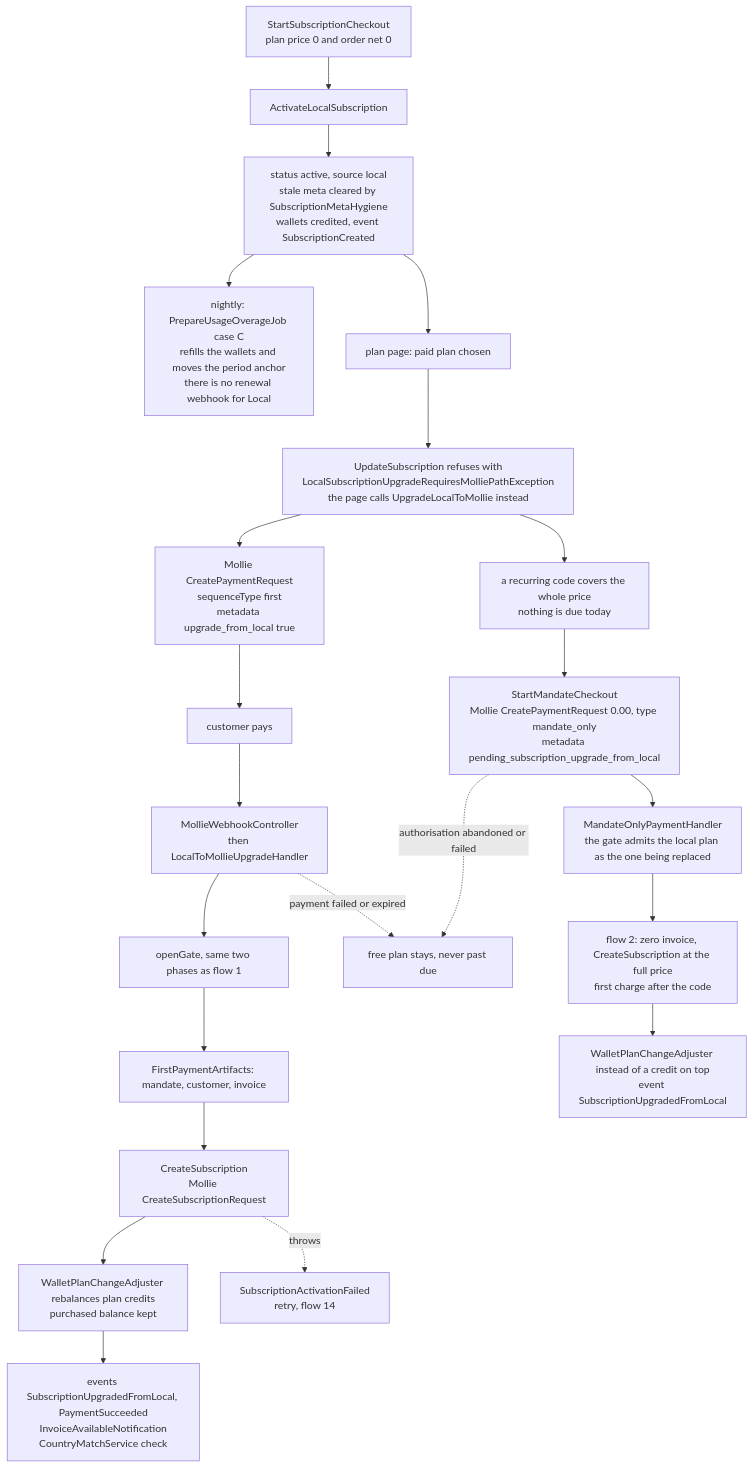
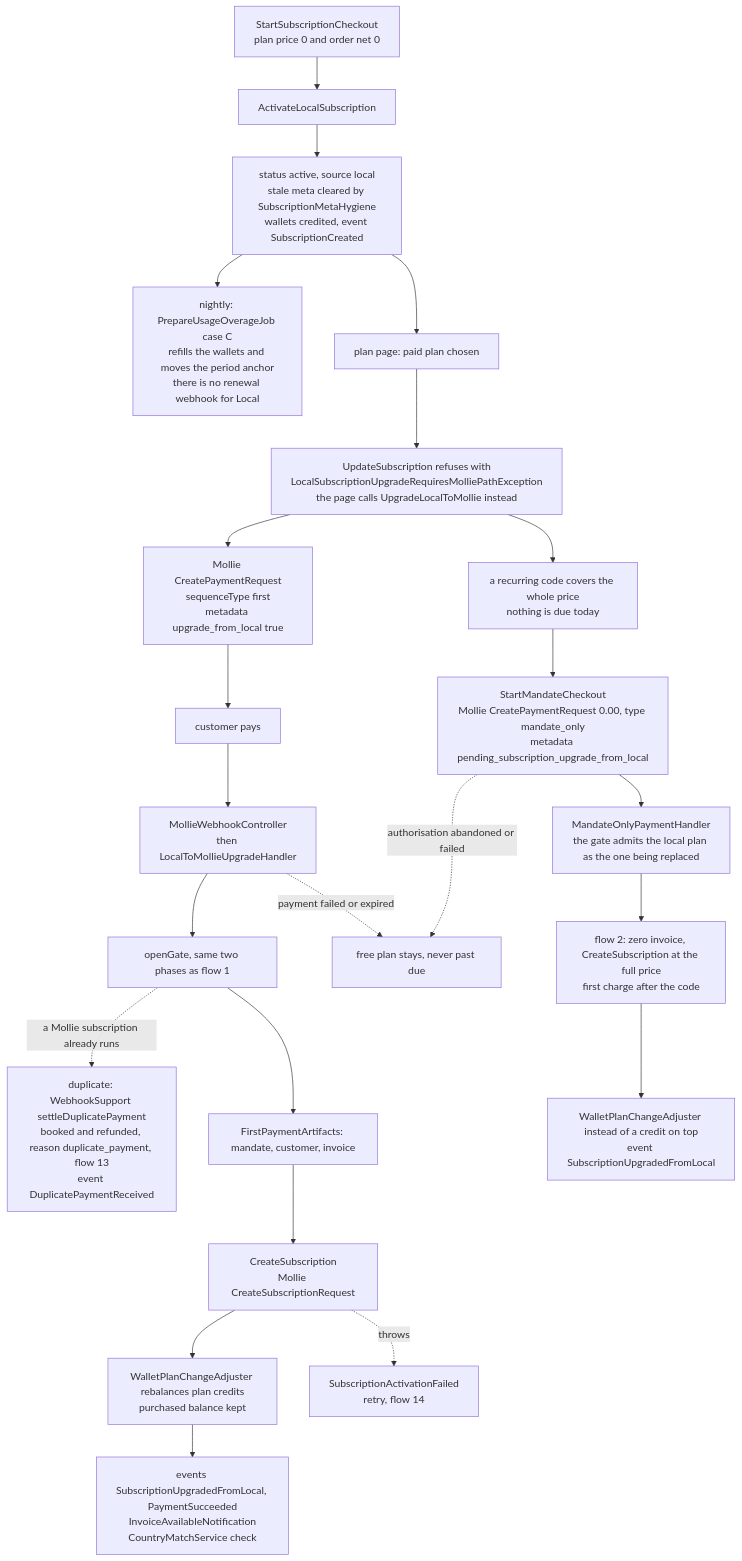
Before and after one commit to GraystackIT/laravel-mollie-billing: the fourth of 29 diagrams in docs/flows.md, drawn with Mermaid. The commit also changed other lines of this file and 256 other files, not shown here.

````diff
--- a/docs/flows.md
+++ b/docs/flows.md
@@ -300,24 +338,25 @@
 ```mermaid
 flowchart TD
     A["StartSubscriptionCheckout<br/>plan price 0 and order net 0"] --> B["ActivateLocalSubscription"]
     B --> C["status active, source local<br/>stale meta cleared by SubscriptionMetaHygiene<br/>wallets credited, event SubscriptionCreated"]
     C --> D["nightly: PrepareUsageOverageJob case C<br/>refills the wallets and moves the period anchor<br/>there is no renewal webhook for Local"]
     C --> E["plan page: paid plan chosen"]
     E --> F["UpdateSubscription refuses with<br/>LocalSubscriptionUpgradeRequiresMolliePathException<br/>the page calls UpgradeLocalToMollie instead"]
     F --> G["Mollie CreatePaymentRequest<br/>sequenceType first<br/>metadata upgrade_from_local true"]
     G --> H["customer pays"]
     H --> I["MollieWebhookController<br/>then LocalToMollieUpgradeHandler"]
     I --> J["openGate, same two phases as flow 1"]
+    J -.->|"a Mollie subscription already runs"| J2["duplicate: WebhookSupport settleDuplicatePayment<br/>booked and refunded, reason duplicate_payment, flow 13<br/>event DuplicatePaymentReceived"]
     J --> K["FirstPaymentArtifacts: mandate, customer, invoice"]
     K --> L["CreateSubscription<br/>Mollie CreateSubscriptionRequest"]
     L --> M["WalletPlanChangeAdjuster rebalances plan credits<br/>purchased balance kept"]
     M --> N["events SubscriptionUpgradedFromLocal, PaymentSucceeded<br/>InvoiceAvailableNotification<br/>CountryMatchService check"]
     L -.->|"throws"| O["SubscriptionActivationFailed<br/>retry, flow 14"]
     I -.->|"payment failed or expired"| P["free plan stays, never past due"]
     F --> Q["a recurring code covers the whole price<br/>nothing is due today"]
     Q --> R["StartMandateCheckout<br/>Mollie CreatePaymentRequest 0.00, type mandate_only<br/>metadata pending_subscription_upgrade_from_local"]
     R --> S["MandateOnlyPaymentHandler<br/>the gate admits the local plan as the one being replaced"]
     S --> T["flow 2: zero invoice, CreateSubscription at the full price<br/>first charge after the code"]
     T --> U["WalletPlanChangeAdjuster instead of a credit on top<br/>event SubscriptionUpgradedFromLocal"]
     R -.->|"authorisation abandoned or failed"| P
 ```
````
